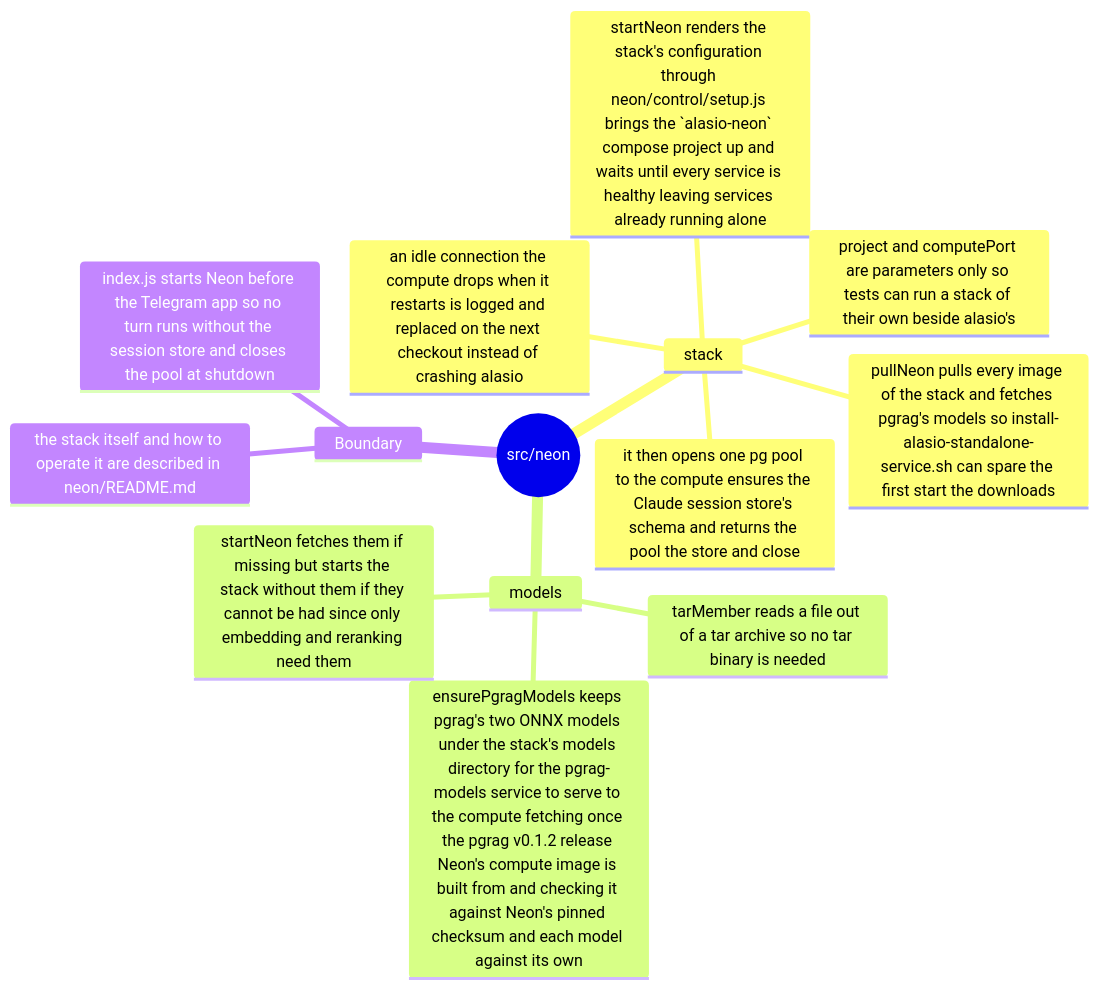
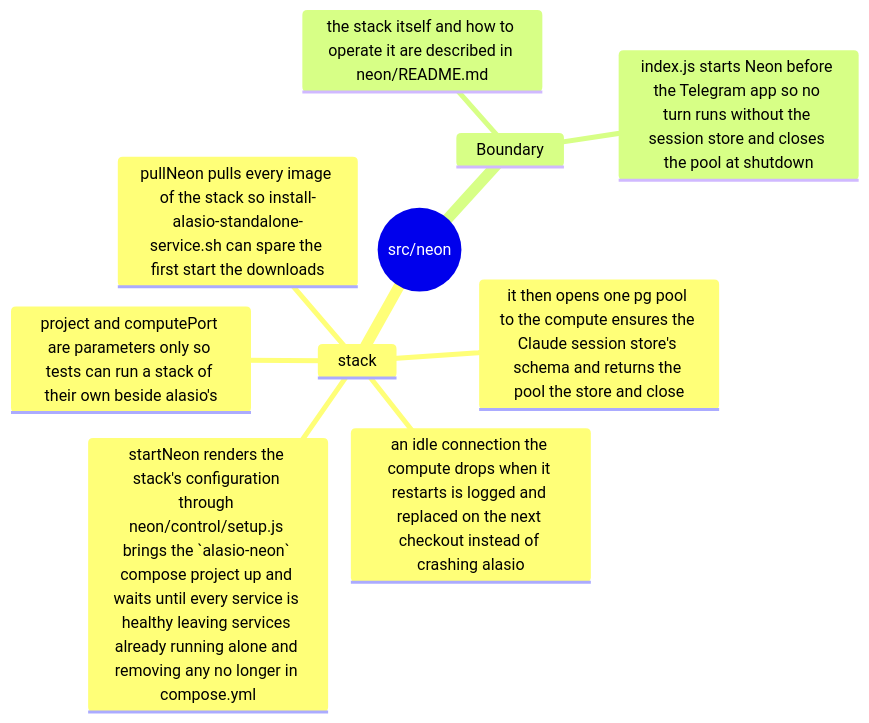
The first of 3 diagrams in src/neon/README.md (eaucoin/alasio), drawn with Mermaid before and after one commit. The commit also changed 21 other files, not shown here.

````diff
--- a/src/neon/README.md
+++ b/src/neon/README.md
@@ -2,17 +2,13 @@
 ```mermaid
 mindmap
   root((src/neon))
     stack
-      startNeon renders the stack's configuration through neon/control/setup.js brings the `alasio-neon` compose project up and waits until every service is healthy leaving services already running alone
+      startNeon renders the stack's configuration through neon/control/setup.js brings the `alasio-neon` compose project up and waits until every service is healthy leaving services already running alone and removing any no longer in compose.yml
       it then opens one pg pool to the compute ensures the Claude session store's schema and returns the pool the store and close
       an idle connection the compute drops when it restarts is logged and replaced on the next checkout instead of crashing alasio
-      pullNeon pulls every image of the stack and fetches pgrag's models so install-alasio-standalone-service.sh can spare the first start the downloads
+      pullNeon pulls every image of the stack so install-alasio-standalone-service.sh can spare the first start the downloads
       project and computePort are parameters only so tests can run a stack of their own beside alasio's
-    models
-      ensurePgragModels keeps pgrag's two ONNX models under the stack's models directory for the pgrag-models service to serve to the compute fetching once the pgrag v0.1.2 release Neon's compute image is built from and checking it against Neon's pinned checksum and each model against its own
-      startNeon fetches them if missing but starts the stack without them if they cannot be had since only embedding and reranking need them
-      tarMember reads a file out of a tar archive so no tar binary is needed
     Boundary
       the stack itself and how to operate it are described in neon/README.md
       index.js starts Neon before the Telegram app so no turn runs without the session store and closes the pool at shutdown
 ```
````
